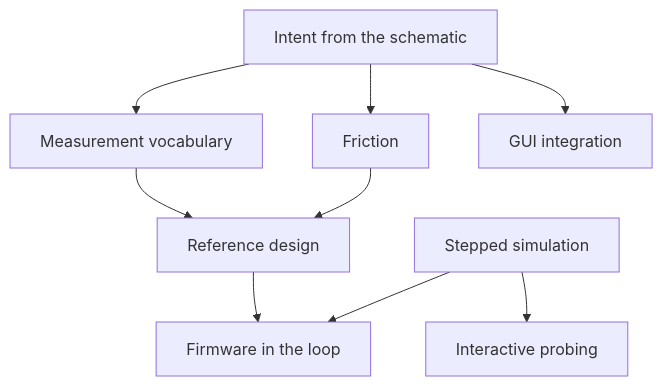
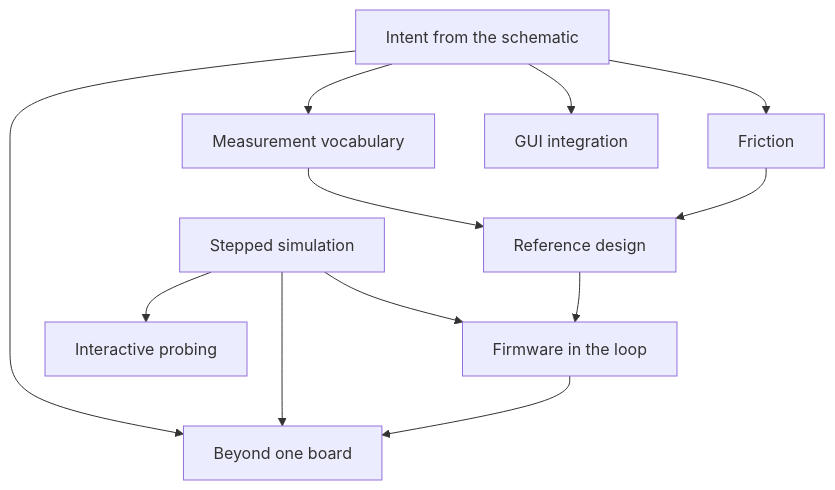
The diagram in docs/roadmap.md (georgesleen/kitest), drawn with Mermaid before and after one commit. The commit also changed other lines of this file, not shown here.

First line of the commit message:
Extend the roadmap past one board

````diff
--- a/docs/roadmap.md
+++ b/docs/roadmap.md
@@ -37,11 +37,14 @@
 ```mermaid
 graph TD
     A[Intent from the schematic] --> B[Measurement vocabulary]
     A --> C[Friction]
     B --> D[Reference design]
     C --> D
     E[Stepped simulation] --> F[Firmware in the loop]
     E --> G[Interactive probing]
     A --> H[GUI integration]
     D --> F
+    A --> I[Beyond one board]
+    E --> I
+    F --> I
 ```
````
